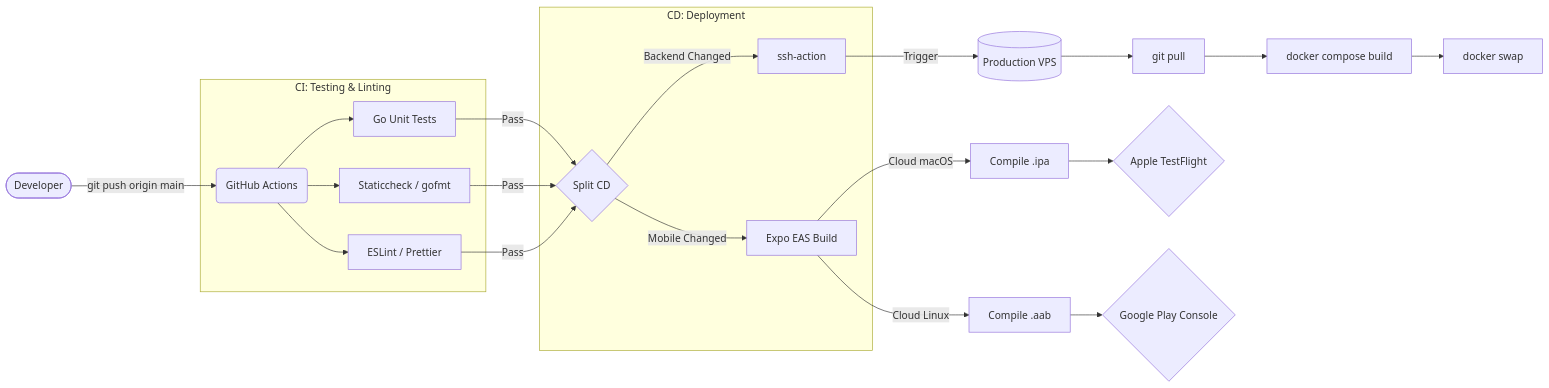
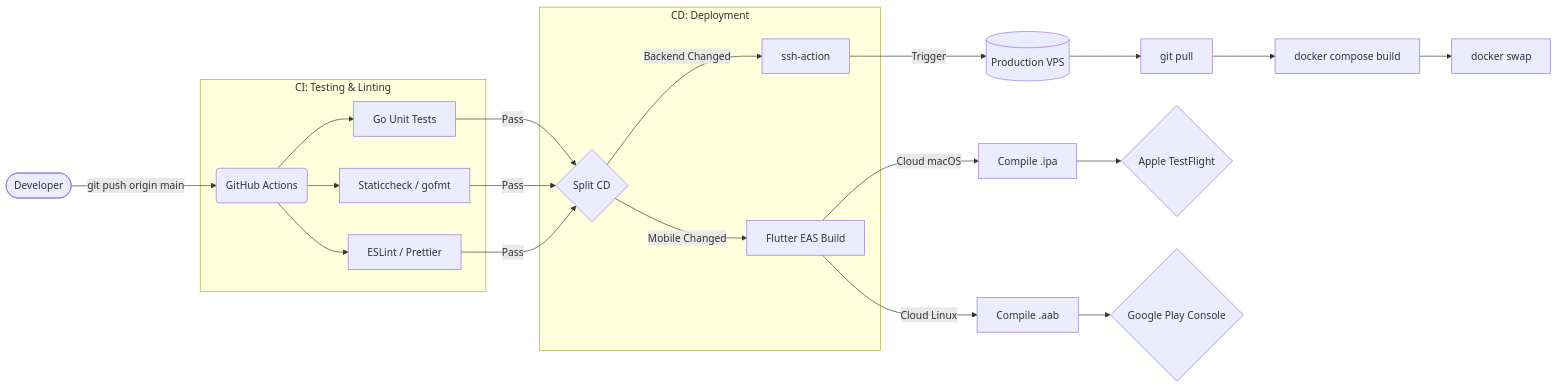
Before and after one commit to Santosh-Prasad-Verma/Flicko: the diagram in docs/diagrams/ci-cd.mmd, drawn with Mermaid. The commit also changed 3075 other files, not shown here.

```diff
--- a/docs/diagrams/ci-cd.mmd
+++ b/docs/diagrams/ci-cd.mmd
@@ -1,27 +1,27 @@
 flowchart LR
     Dev([Developer]) -->|git push origin main| GHA(GitHub Actions)
 
     subgraph "CI: Testing & Linting"
         GHA --> GoTest[Go Unit Tests]
         GHA --> GoLint[Staticcheck / gofmt]
-        GHA --> ExpoLint[ESLint / Prettier]
+        GHA --> FlutterLint[ESLint / Prettier]
     end
 
     GoTest -->|Pass| CD
     GoLint -->|Pass| CD
-    ExpoLint -->|Pass| CD
+    FlutterLint -->|Pass| CD
 
     subgraph "CD: Deployment"
         CD{Split CD} -->|Backend Changed| SSH[ssh-action]
-        CD -->|Mobile Changed| EAS[Expo EAS Build]
+        CD -->|Mobile Changed| EAS[Flutter EAS Build]
     end
 
     SSH -->|Trigger| VPS[(Production VPS)]
     VPS --> Pull[git pull]
     Pull --> DockerBuild[docker compose build]
     DockerBuild --> DockerUp[docker swap]
 
     EAS -->|Cloud macOS| CompileIOS[Compile .ipa]
     EAS -->|Cloud Linux| CompileAnd[Compile .aab]
     CompileIOS --> TestFlight{Apple TestFlight}
     CompileAnd --> PlayStore{Google Play Console}
```
